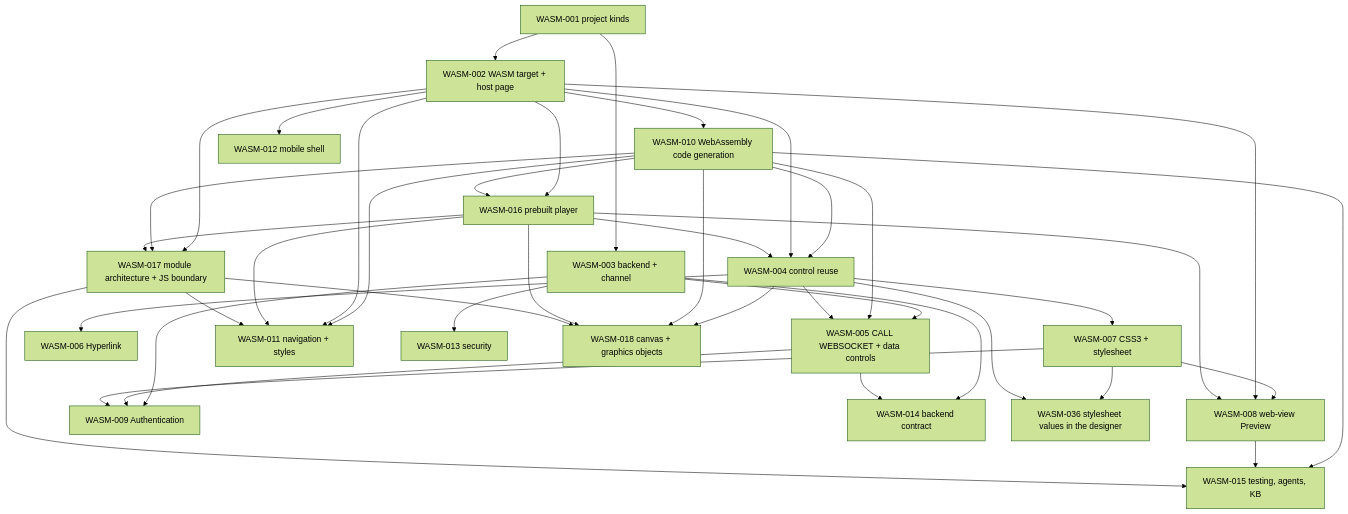
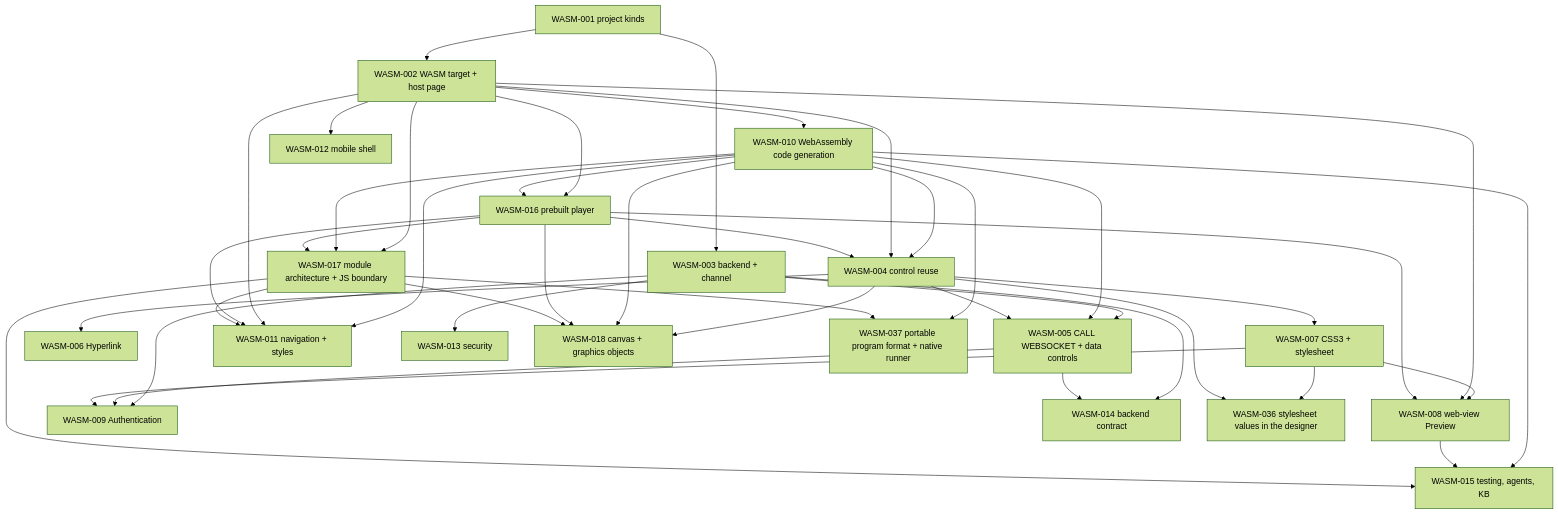
One commit to CloudLandBeta/PowerRustCOBOL changed the second of 2 diagrams in specs/WASM-INDEX.md. Above: the diagram before and after it, drawn with Mermaid (forest theme). The commit also changed other lines of this file and 4 other files, not shown here.

````diff
--- a/specs/WASM-INDEX.md
+++ b/specs/WASM-INDEX.md
@@ -79,42 +80,44 @@
 ```mermaid
 flowchart TD
   W1["WASM-001 project kinds"] --> W2["WASM-002 WASM target + host page"]
   W1 --> W3["WASM-003 backend + channel"]
   W2 --> W10["WASM-010 WebAssembly code generation"]
   W10 --> W4["WASM-004 control reuse"]
   W2 --> W4
   W3 --> W5["WASM-005 CALL WEBSOCKET + data controls"]
   W10 --> W5
   W4 --> W5
   W4 --> W6["WASM-006 Hyperlink"]
   W4 --> W7["WASM-007 CSS3 + stylesheet"]
   W7 --> W8["WASM-008 web-view Preview"]
   W2 --> W8
   W3 --> W9["WASM-009 Authentication"]
   W5 --> W9
   W7 --> W9
   W10 --> W11["WASM-011 navigation + styles"]
   W2 --> W11
   W2 --> W12["WASM-012 mobile shell"]
   W3 --> W14["WASM-014 backend contract"]
   W5 --> W14
   W3 --> W13["WASM-013 security"]
   W10 --> W15["WASM-015 testing, agents, KB"]
   W8 --> W15
   W2 --> W16["WASM-016 prebuilt player"]
   W10 --> W16
   W16 --> W4
   W16 --> W8
   W16 --> W11
   W2 --> W17["WASM-017 module architecture + JS boundary"]
   W10 --> W17
   W16 --> W17
   W17 --> W11
   W17 --> W15
   W4 --> W18["WASM-018 canvas + graphics objects"]
   W10 --> W18
   W16 --> W18
   W17 --> W18
   W7 --> W36["WASM-036 stylesheet values in the designer"]
   W4 --> W36
+  W10 --> W37["WASM-037 portable program format + native runner"]
+  W17 --> W37
 ```
````
